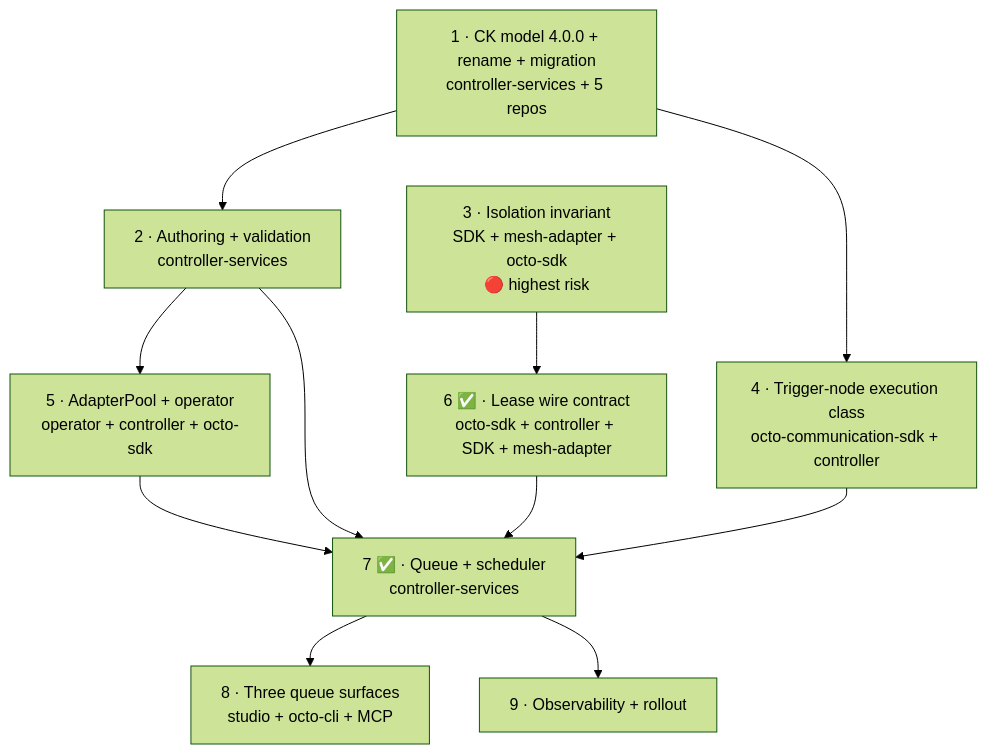
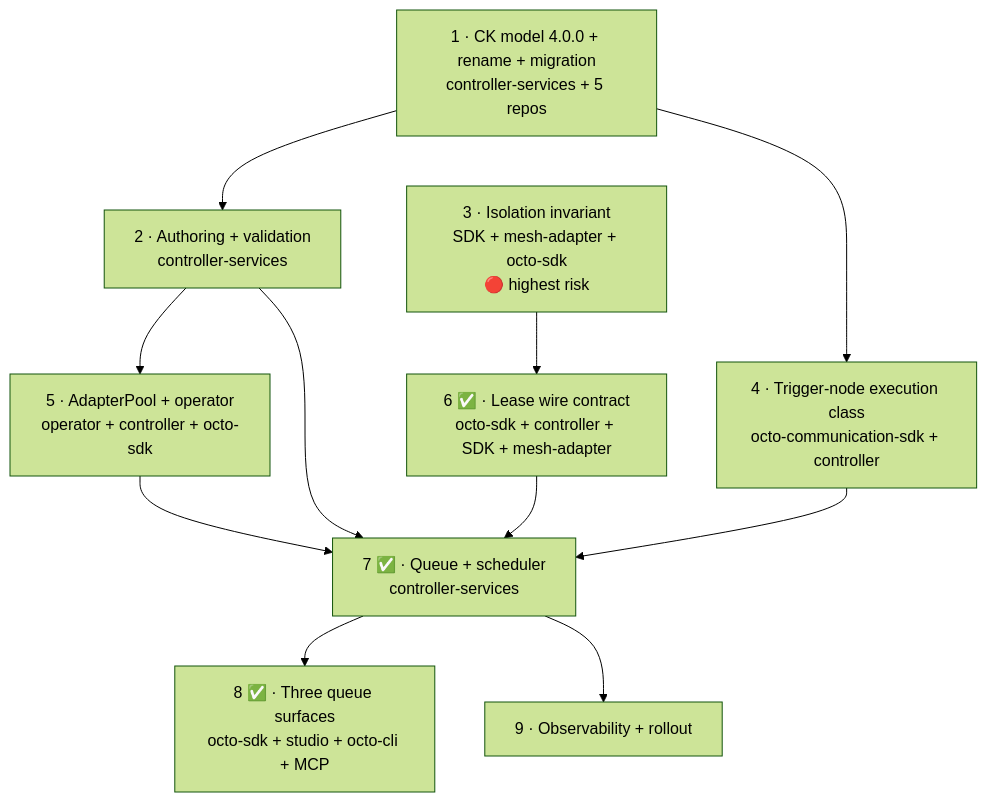
One commit to meshmakers/octo-communication-controller-services changed the diagram in docs/concepts/shared-adapter-leasing-implementation.md. Above: the diagram before and after it, drawn with Mermaid (forest theme). The commit also changed other lines of this file and 2 other files, not shown here.

````diff
--- a/docs/concepts/shared-adapter-leasing-implementation.md
+++ b/docs/concepts/shared-adapter-leasing-implementation.md
@@ -48,22 +48,22 @@
 ```mermaid
 graph TD
     I1["1 · CK model 4.0.0 + rename + migration<br/>controller-services + 5 repos"]
     I2["2 · Authoring + validation<br/>controller-services"]
     I3["3 · Isolation invariant<br/>SDK + mesh-adapter + octo-sdk<br/>🔴 highest risk"]
     I4["4 · Trigger-node execution class<br/>octo-communication-sdk + controller"]
     I5["5 · AdapterPool + operator<br/>operator + controller + octo-sdk"]
     I6["6 ✅ · Lease wire contract<br/>octo-sdk + controller + SDK + mesh-adapter"]
     I7["7 ✅ · Queue + scheduler<br/>controller-services"]
-    I8["8 · Three queue surfaces<br/>studio + octo-cli + MCP"]
+    I8["8 ✅ · Three queue surfaces<br/>octo-sdk + studio + octo-cli + MCP"]
     I9["9 · Observability + rollout"]
     I1 --> I2
     I1 --> I4
     I2 --> I5
     I2 --> I7
     I3 --> I6
     I4 --> I7
     I5 --> I7
     I6 --> I7
     I7 --> I8
     I7 --> I9
 ```
````
